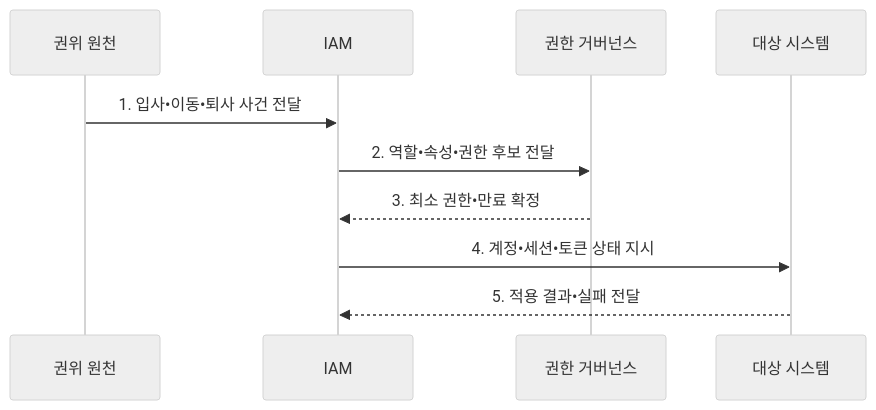
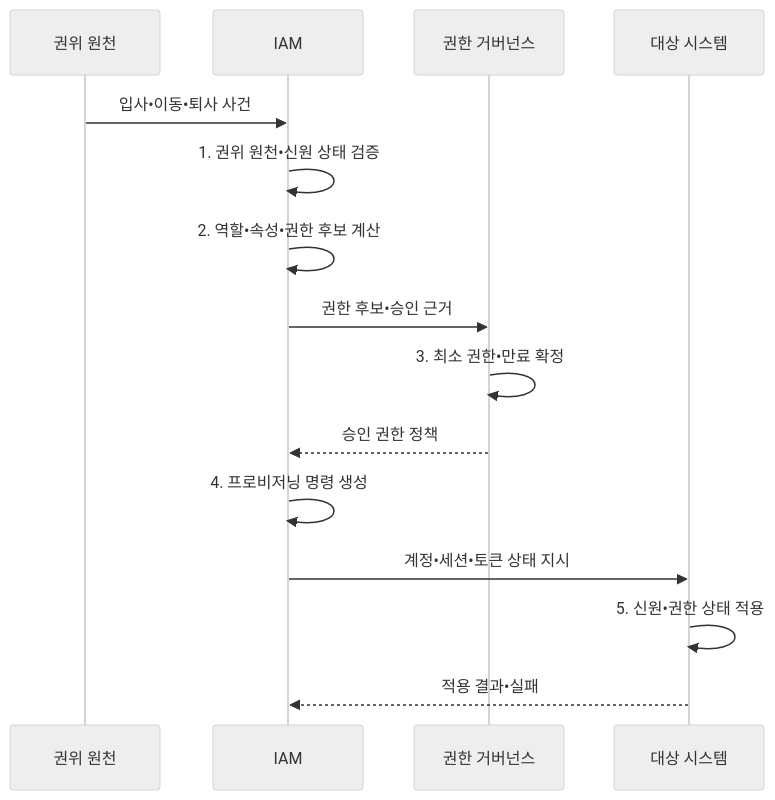
One commit to agnusdei1207/knowledge-base changed the second of 2 diagrams in src/content/docs/notes/05-security/061_iam.md. Above: the diagram before and after it, drawn with Mermaid (neutral theme). The commit also changed other lines of this file and 20 other files, not shown here.

````diff
--- a/src/content/docs/notes/05-security/061_iam.md
+++ b/src/content/docs/notes/05-security/061_iam.md
@@ -106,12 +106,17 @@
 ```mermaid
 sequenceDiagram
     participant H as 권위 원천
     participant I as IAM
     participant G as 권한 거버넌스
     participant S as 대상 시스템
-    H->>I: 1. 입사•이동•퇴사 사건 전달
-    I->>G: 2. 역할•속성•권한 후보 전달
-    G-->>I: 3. 최소 권한•만료 확정
-    I->>S: 4. 계정•세션•토큰 상태 지시
-    S-->>I: 5. 적용 결과•실패 전달
+    H->>I: 입사•이동•퇴사 사건
+    I->>I: 1. 권위 원천•신원 상태 검증
+    I->>I: 2. 역할•속성•권한 후보 계산
+    I->>G: 권한 후보•승인 근거
+    G->>G: 3. 최소 권한•만료 확정
+    G-->>I: 승인 권한 정책
+    I->>I: 4. 프로비저닝 명령 생성
+    I->>S: 계정•세션•토큰 상태 지시
+    S->>S: 5. 신원•권한 상태 적용
+    S-->>I: 적용 결과•실패
 ```
````
